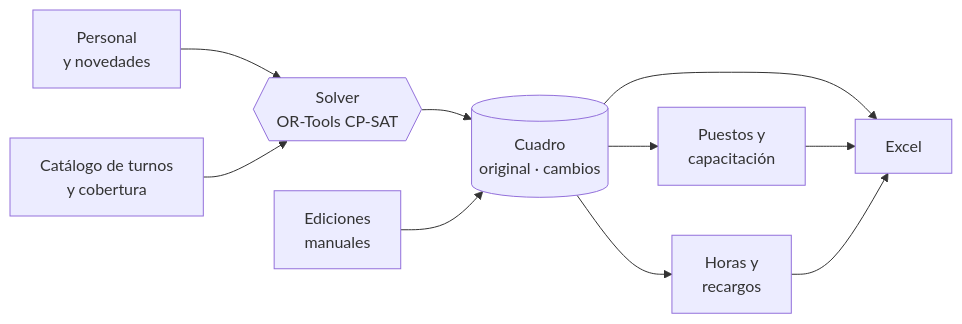
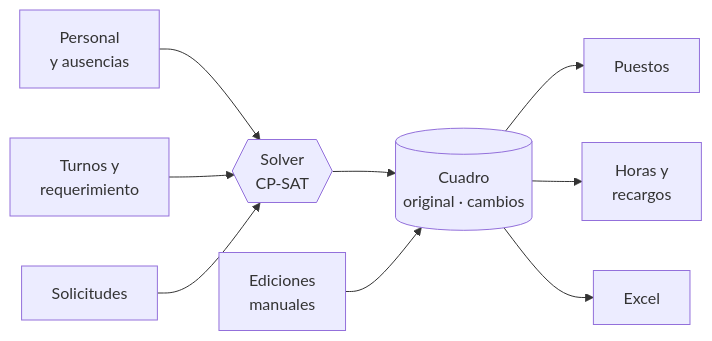
One commit to jssdv/an-turnos changed the diagram in README.md. Above: the diagram before and after it, drawn with Mermaid. The commit also changed other lines of this file, not shown here.

Commit message:
README: reescrito, genérico para turnos y con capturas actuales

````diff
--- a/README.md
+++ b/README.md
@@ -61,12 +67,11 @@
 ```mermaid
 flowchart LR
-    A[Personal<br/>y novedades] --> S{{Solver<br/>OR-Tools CP-SAT}}
-    T[Catálogo de turnos<br/>y cobertura] --> S
+    A[Personal<br/>y ausencias] --> S{{Solver<br/>CP-SAT}}
+    T[Turnos y<br/>requerimiento] --> S
+    R[Solicitudes] --> S
     S --> C[(Cuadro<br/>original · cambios)]
-    C --> P[Puestos y<br/>capacitación]
+    C --> P[Puestos]
     C --> H[Horas y<br/>recargos]
     C --> X[Excel]
-    P --> X
-    H --> X
     E[Ediciones<br/>manuales] --> C
 ```
````
